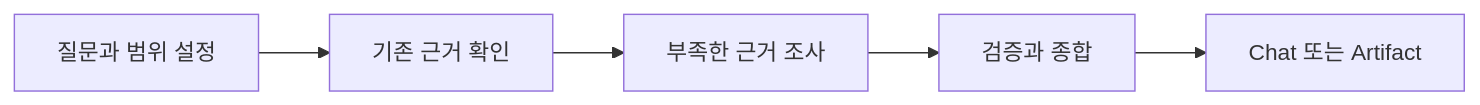
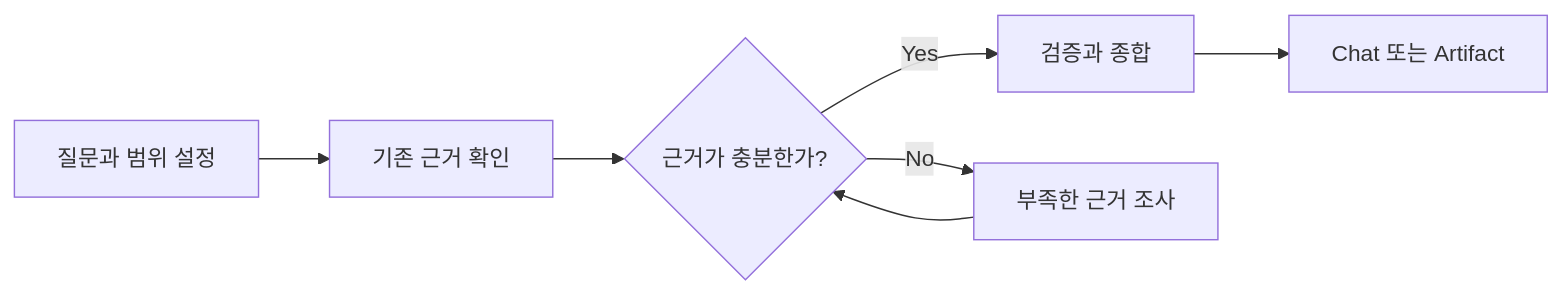
One commit to mols3131d/hmda-data-reliability changed the diagram in .agents/skills/pivot-research/SKILL.md. Above: the diagram before and after it, drawn with Mermaid. The commit also changed other lines of this file, not shown here.

````diff
--- a/.agents/skills/pivot-research/SKILL.md
+++ b/.agents/skills/pivot-research/SKILL.md
@@ -57,7 +57,9 @@
 ```mermaid
 flowchart LR
     A[질문과 범위 설정] --> B[기존 근거 확인]
-    B --> C[부족한 근거 조사]
-    C --> D[검증과 종합]
-    D --> E[Chat 또는 Artifact]
+    B --> C{근거가 충분한가?}
+    C -- Yes --> D[검증과 종합]
+    C -- No --> E[부족한 근거 조사]
+    E --> C
+    D --> F[Chat 또는 Artifact]
 ```
````
